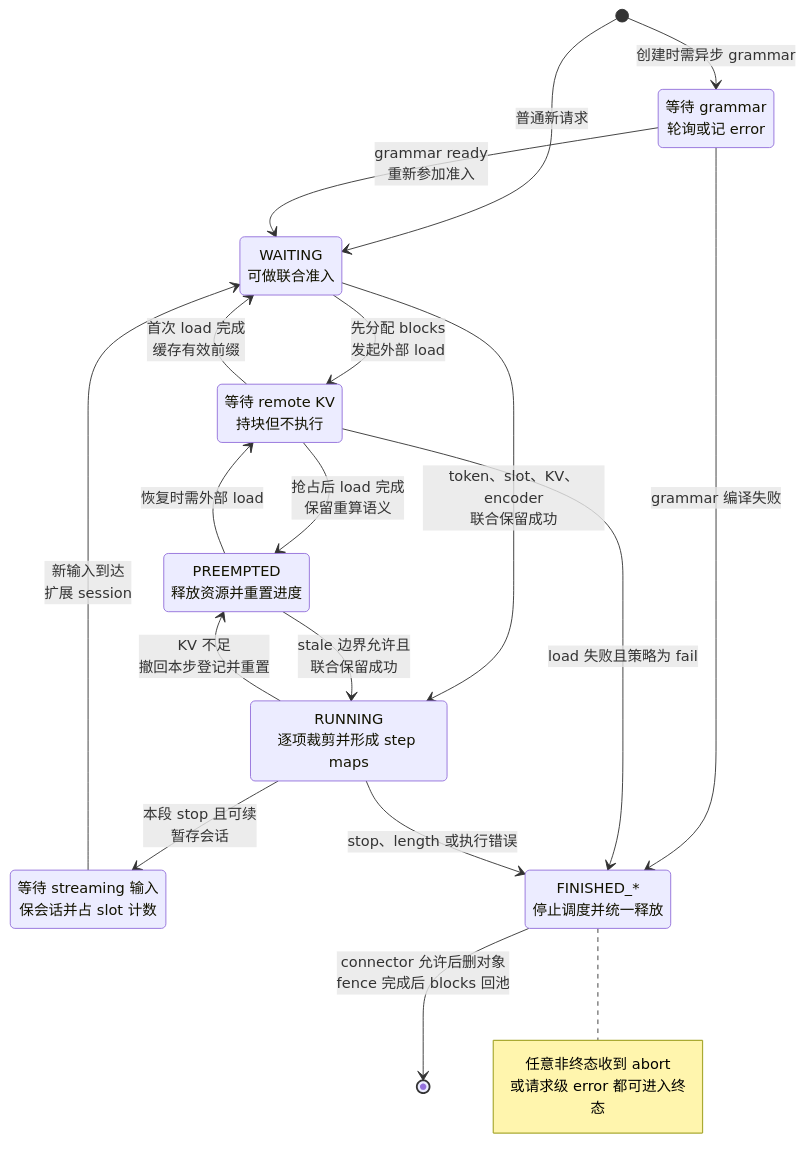
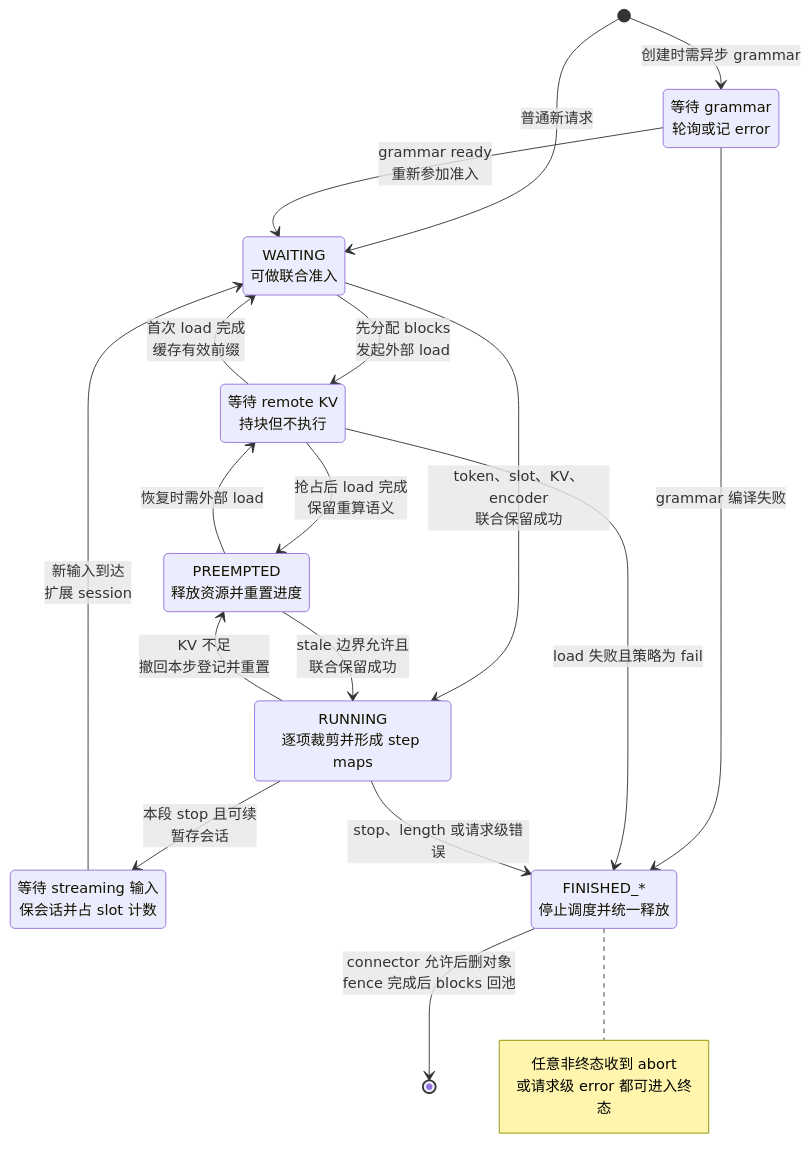
Before and after one commit to suhaibo666/llm-knowledge: the fifth of 11 diagrams in wiki/02_engineering/03_infer_frameworks/vllm/07_vllm_scheduler_analysis.md, drawn with Mermaid. The commit also changed other lines of this file and 89 other files, not shown here.

````diff
--- a/wiki/02_engineering/03_infer_frameworks/vllm/07_vllm_scheduler_analysis.md
+++ b/wiki/02_engineering/03_infer_frameworks/vllm/07_vllm_scheduler_analysis.md
@@ -109,29 +186,29 @@
 ```mermaid
 stateDiagram-v2
     state "WAITING<br/>可做联合准入" as W
     state "等待 grammar<br/>轮询或记 error" as G
     state "等待 remote KV<br/>持块但不执行" as K
     state "等待 streaming 输入<br/>保会话并占 slot 计数" as S
     state "RUNNING<br/>逐项裁剪并形成 step maps" as R
     state "PREEMPTED<br/>释放资源并重置进度" as P
     state "FINISHED_*<br/>停止调度并统一释放" as F
     [*] --> W: 普通新请求
     [*] --> G: 创建时需异步 grammar
     G --> W: grammar ready<br/>重新参加准入
     W --> K: 先分配 blocks<br/>发起外部 load
     P --> K: 恢复时需外部 load
     K --> W: 首次 load 完成<br/>缓存有效前缀
     K --> P: 抢占后 load 完成<br/>保留重算语义
     W --> R: token、slot、KV、encoder<br/>联合保留成功
     P --> R: stale 边界允许且<br/>联合保留成功
     R --> P: KV 不足<br/>撤回本步登记并重置
     R --> S: 本段 stop 且可续<br/>暂存会话
     S --> W: 新输入到达<br/>扩展 session
     G --> F: grammar 编译失败
     K --> F: load 失败且策略为 fail
-    R --> F: stop、length 或执行错误
+    R --> F: stop、length 或请求级错误
     F --> [*]: connector 允许后删对象<br/>fence 完成后 blocks 回池
     note right of F
         任意非终态收到 abort<br/>或请求级 error 都可进入终态
     end note
 ```
````
